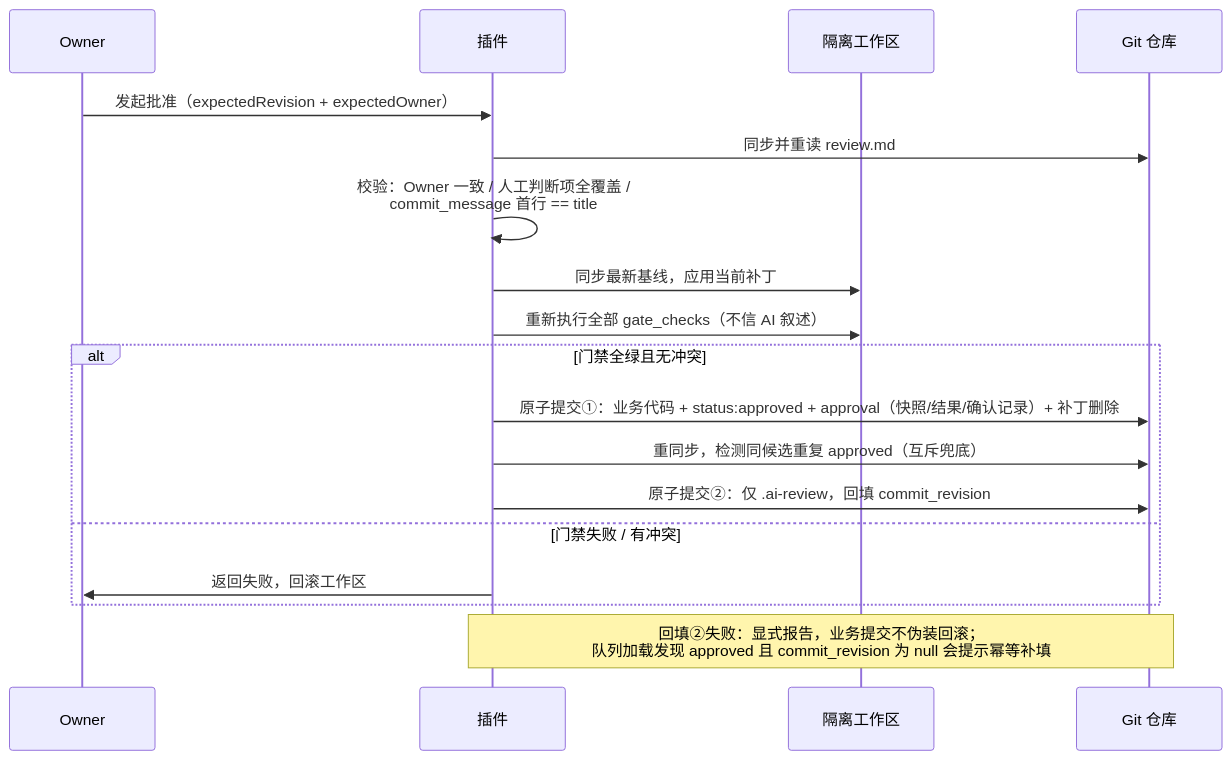
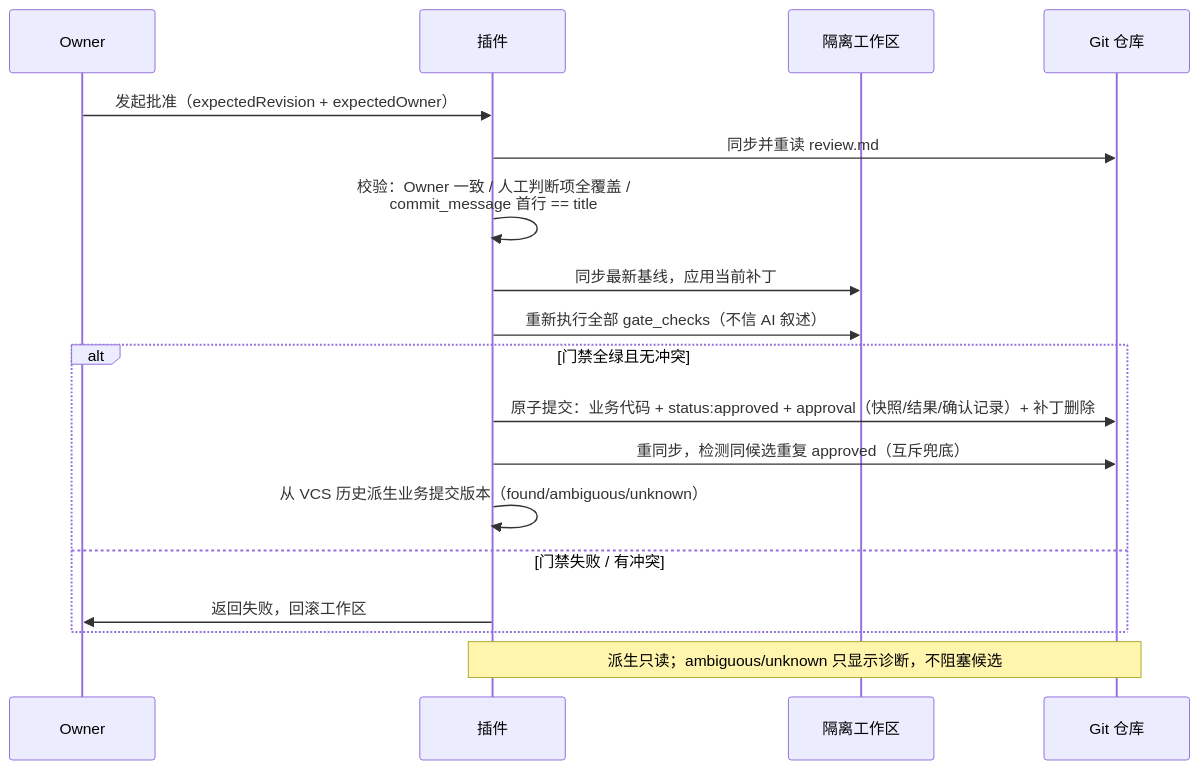
Before and after one commit to stallboy/dsh-review: the fifth of 6 diagrams in docs/plans/2026-11-03-review-workflow-design-overview.md, drawn with Mermaid. The commit also changed other lines of this file and 9 other files, not shown here.

````diff
--- a/docs/plans/2026-11-03-review-workflow-design-overview.md
+++ b/docs/plans/2026-11-03-review-workflow-design-overview.md
@@ -98,20 +100,20 @@
 ```mermaid
 sequenceDiagram
     participant U as Owner
     participant P as 插件
     participant W as 隔离工作区
     participant G as Git 仓库
     U->>P: 发起批准（expectedRevision + expectedOwner）
     P->>G: 同步并重读 review.md
     P->>P: 校验：Owner 一致 / 人工判断项全覆盖 /<br/>commit_message 首行 == title
     P->>W: 同步最新基线，应用当前补丁
     P->>W: 重新执行全部 gate_checks（不信 AI 叙述）
     alt 门禁全绿且无冲突
-        P->>G: 原子提交①：业务代码 + status:approved + approval（快照/结果/确认记录）+ 补丁删除
+        P->>G: 原子提交：业务代码 + status:approved + approval（快照/结果/确认记录）+ 补丁删除
         P->>G: 重同步，检测同候选重复 approved（互斥兜底）
-        P->>G: 原子提交②：仅 .ai-review，回填 commit_revision
+        P->>P: 从 VCS 历史派生业务提交版本（found/ambiguous/unknown）
     else 门禁失败 / 有冲突
         P->>U: 返回失败，回滚工作区
     end
-    Note over P,G: 回填②失败：显式报告，业务提交不伪装回滚；<br/>队列加载发现 approved 且 commit_revision 为 null 会提示幂等补填
+    Note over P,G: 派生只读；ambiguous/unknown 只显示诊断，不阻塞候选
 ```
````
